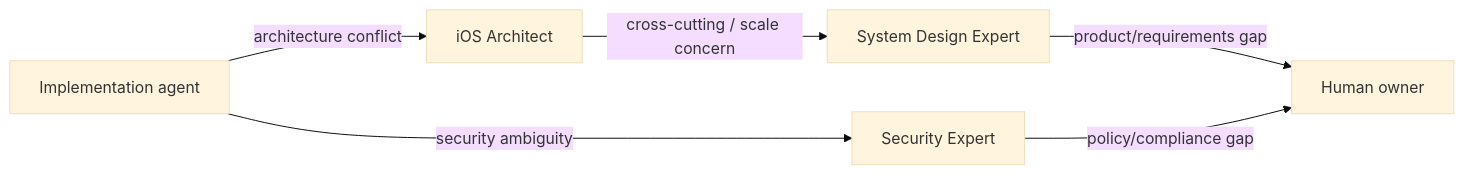
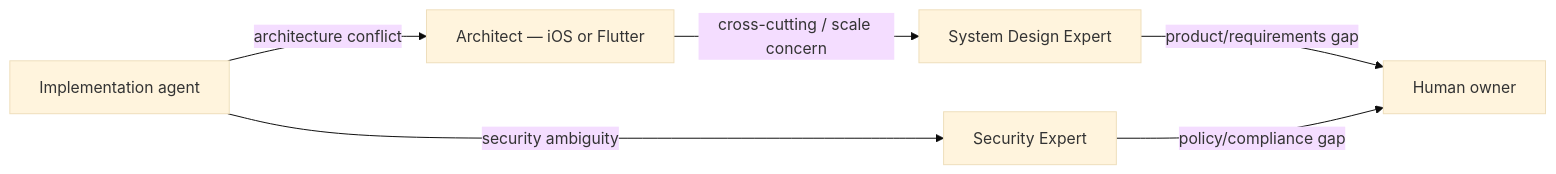
One commit to sokpichdev/mobile-engineering-agents changed the third of 3 diagrams in AGENTS.md. Above: the diagram before and after it, drawn with Mermaid (base theme). The commit also changed other lines of this file and 5 other files, not shown here.

````diff
--- a/AGENTS.md
+++ b/AGENTS.md
@@ -199,8 +236,8 @@
 ```mermaid
 graph LR
-    Impl[Implementation agent] -->|architecture conflict| ARCH[iOS Architect]
+    Impl[Implementation agent] -->|architecture conflict| ARCH[Architect — iOS or Flutter]
     ARCH -->|cross-cutting / scale concern| SD[System Design Expert]
     Impl -->|security ambiguity| SEC[Security Expert]
     SD -->|product/requirements gap| Human[Human owner]
     SEC -->|policy/compliance gap| Human
 ```
````
